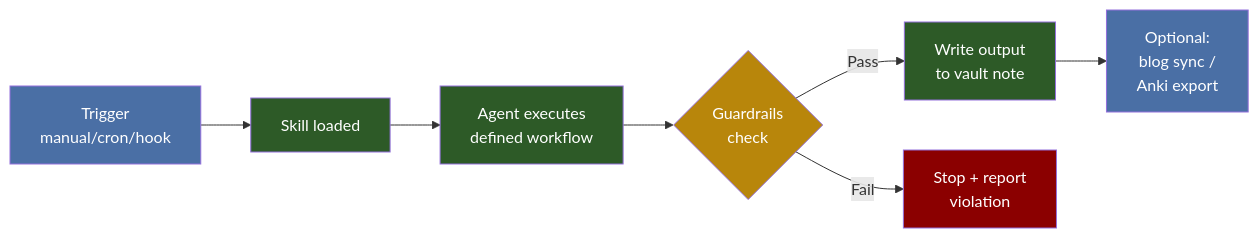
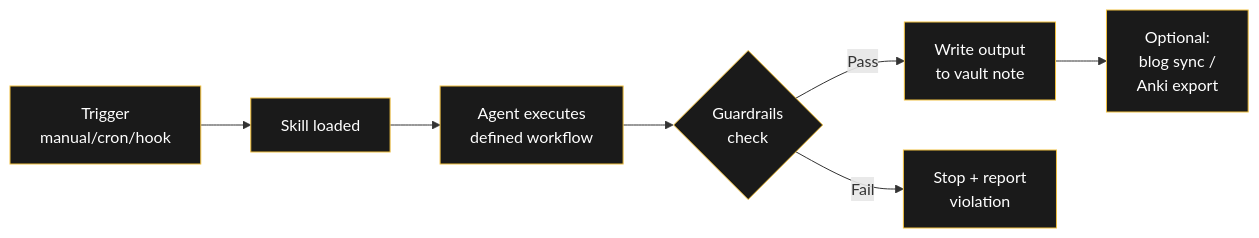
Before and after one commit to raulmina1/quartz-garden: the first of 3 diagrams in content/Projekte/Agent Shop.md, drawn with Mermaid. The commit also changed other lines of this file and 13 other files, not shown here.

Commit message:
all 10 improvements: dark flowcharts, Plausible analytics, favicon, CNAME for domain, OG images already active

````diff
--- a/content/Projekte/Agent Shop.md
+++ b/content/Projekte/Agent Shop.md
@@ -36,17 +36,17 @@
 ```mermaid
 flowchart LR
     A[Trigger<br/>manual/cron/hook] --> B[Skill loaded]
     B --> C[Agent executes<br/>defined workflow]
     C --> D{Guardrails<br/>check}
     D -->|Pass| E[Write output<br/>to vault note]
     D -->|Fail| F[Stop + report<br/>violation]
     E --> G[Optional:<br/>blog sync /<br/>Anki export]
     
-    style A fill:#4a6fa5,color:#fff
-    style B fill:#2d5a27,color:#fff
-    style C fill:#2d5a27,color:#fff
-    style D fill:#b8860b,color:#fff
-    style E fill:#2d5a27,color:#fff
-    style F fill:#8b0000,color:#fff
-    style G fill:#4a6fa5,color:#fff
+    style A fill:#1a1a1a,stroke:#f0c040,color:#fff
+    style B fill:#1a1a1a,stroke:#f0c040,color:#fff
+    style C fill:#1a1a1a,stroke:#f0c040,color:#fff
+    style D fill:#1a1a1a,stroke:#f0c040,color:#fff
+    style E fill:#1a1a1a,stroke:#f0c040,color:#fff
+    style F fill:#1a1a1a,stroke:#f0c040,color:#fff
+    style G fill:#1a1a1a,stroke:#f0c040,color:#fff
 ```
````
